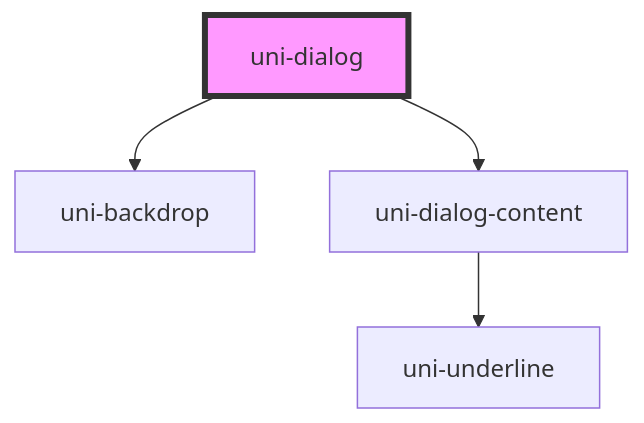
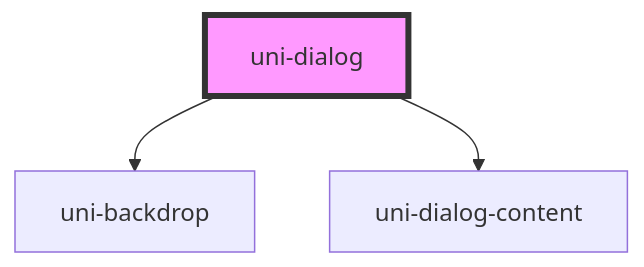
The diagram in core/src/components/uni-dialog/readme.md (unicefnz/unicorn), drawn with Mermaid before and after one commit. The commit also changed other lines of this file and 23 other files, not shown here.

````diff
--- a/core/src/components/uni-dialog/readme.md
+++ b/core/src/components/uni-dialog/readme.md
@@ -57,7 +57,6 @@
 ```mermaid
 graph TD;
   uni-dialog --> uni-backdrop
   uni-dialog --> uni-dialog-content
-  uni-dialog-content --> uni-underline
   style uni-dialog fill:#f9f,stroke:#333,stroke-width:4px
 ```
````
